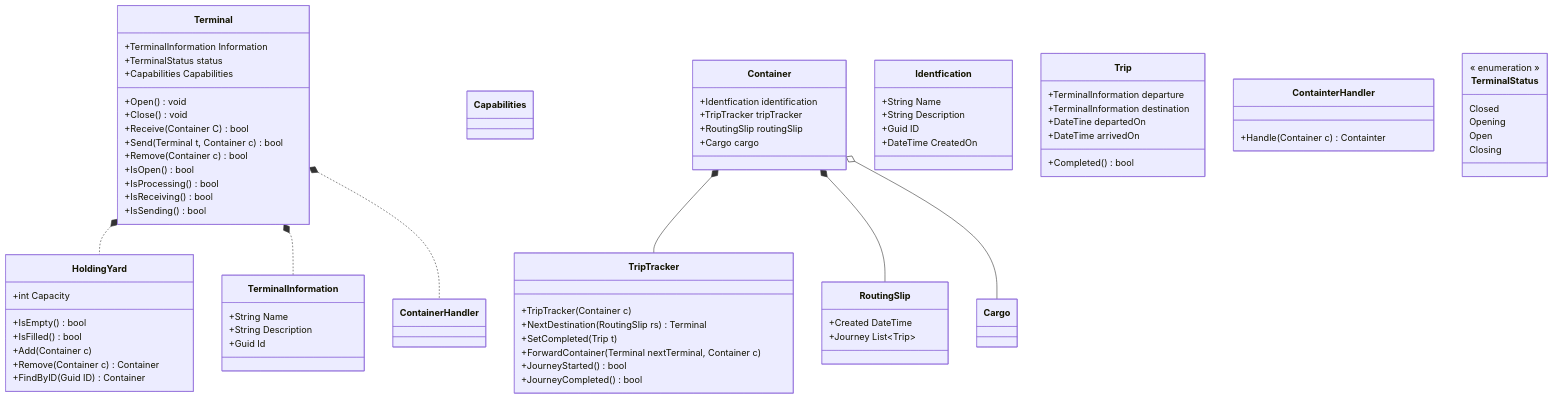
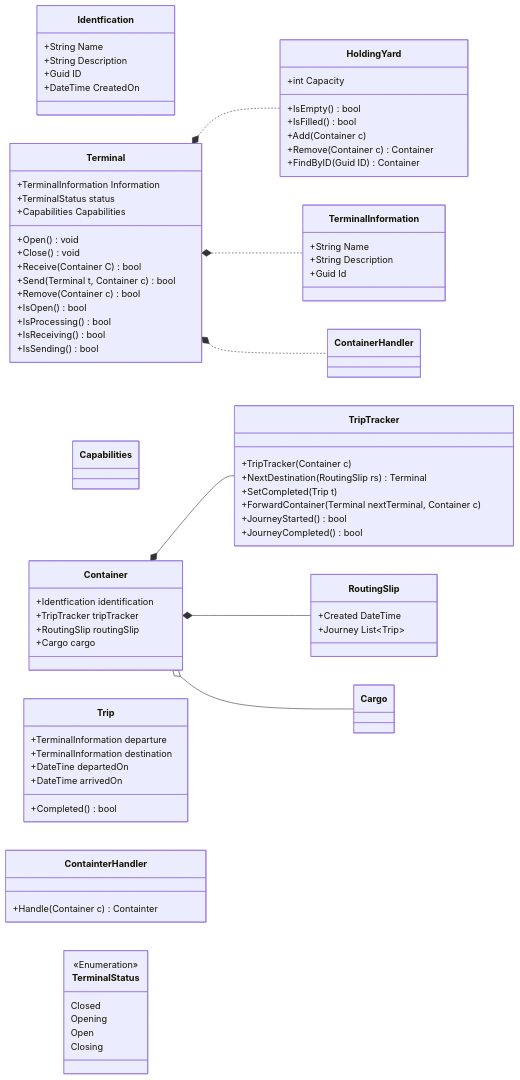
The diagram in README.md (fankersmit/BlueTrain), drawn with Mermaid before and after one commit. The commit also changed other lines of this file and 7 other files, not shown here.

````diff
--- a/README.md
+++ b/README.md
@@ -67,6 +67,12 @@
 ```mermaid 
-
 classDiagram
+    direction LR
+        class Identfication{
+        +String Name
+        +String Description
+        +Guid ID 
+        +DateTime CreatedOn
+    }
 
     class Terminal{
         +TerminalInformation Information
@@ -83,22 +89,22 @@
         +IsSending() bool
     }
 
-    class Capabilities {
-        
+    class Capabilities{
+       
     }
 
-    class Container {
+    class Container{
         +Identfication identification  
         +TripTracker tripTracker
         +RoutingSlip routingSlip
         +Cargo cargo
     }
 
-    class Cargo {
+    class Cargo{
        
     }
 
-    class HoldingYard {
+    class HoldingYard{
         +int Capacity
         +IsEmpty() bool
         +IsFilled() bool
@@ -107,12 +113,6 @@
         +FindByID(Guid ID) Container
     }
     
-    class Identfication {
-        +String Name
-        +String Description
-        +Guid ID 
-        +DateTime CreatedOn
-    }
 
     class RoutingSlip{
         +Created DateTime
@@ -147,7 +147,7 @@
     }
     
     class TerminalStatus{
-        << enumeration >>
+        <<Enumeration>>
         Closed
         Opening
         Open
````
